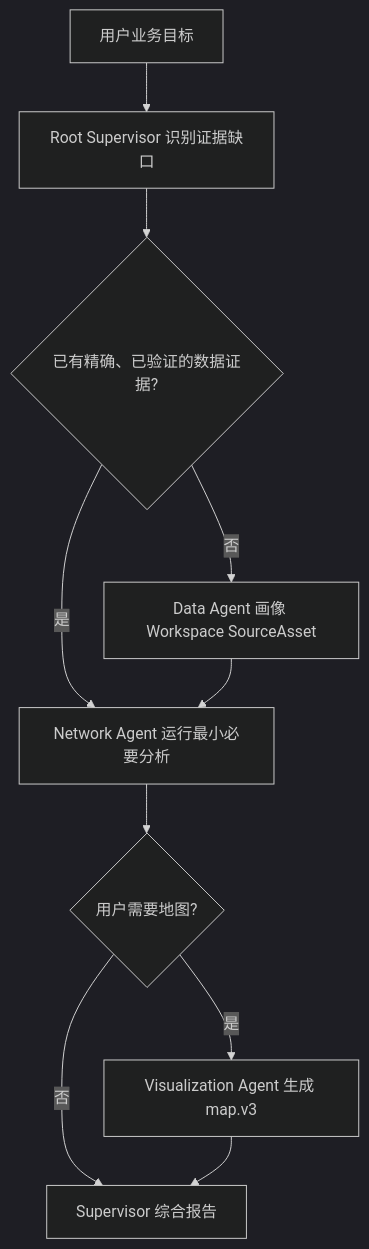
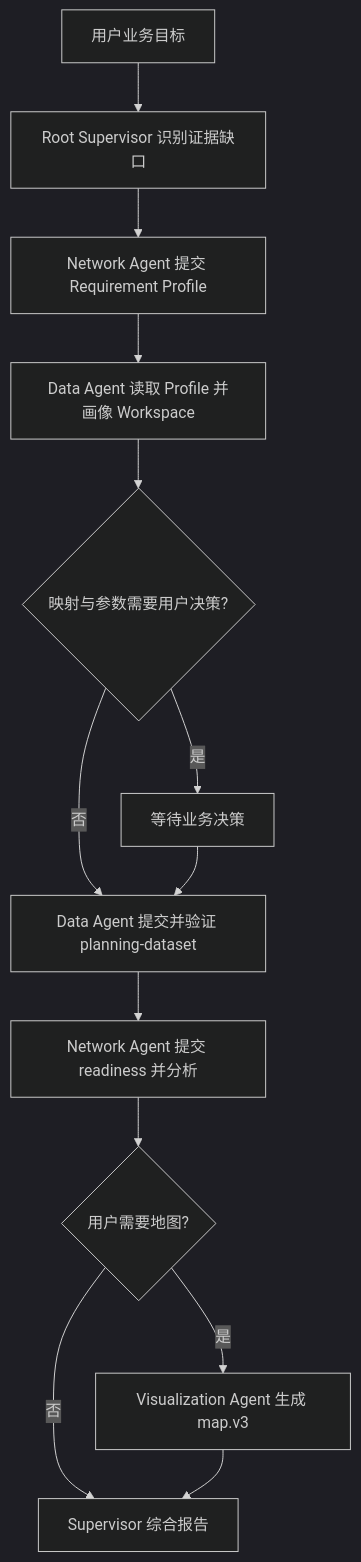
One commit to JO-WTF/open-web-codex changed the diagram in docs/enterprise-supervisor-copilot-plan.md. Above: the diagram before and after it, drawn with Mermaid (dark theme). The commit also changed other lines of this file and 5 other files, not shown here.

````diff
--- a/docs/enterprise-supervisor-copilot-plan.md
+++ b/docs/enterprise-supervisor-copilot-plan.md
@@ -67,12 +69,15 @@
 ```mermaid
 flowchart TD
     U["用户业务目标"] --> S["Root Supervisor 识别证据缺口"]
-    S --> D{"已有精确、已验证的数据证据?"}
-    D -- 否 --> DA["Data Agent 画像 Workspace SourceAsset"]
-    D -- 是 --> N
-    DA --> N["Network Agent 运行最小必要分析"]
-    N --> M{"用户需要地图?"}
-    M -- 是 --> V["Visualization Agent 生成 map.v3"]
-    M -- 否 --> O["Supervisor 综合报告"]
-    V --> O
+    S --> N["Network Agent 提交 Requirement Profile"]
+    N --> DA["Data Agent 读取 Profile 并画像 Workspace"]
+    DA --> M{"映射与参数需要用户决策?"}
+    M -- 是 --> C["等待业务决策"]
+    M -- 否 --> P["Data Agent 提交并验证 planning-dataset"]
+    C --> P
+    P --> R["Network Agent 提交 readiness 并分析"]
+    R --> V{"用户需要地图?"}
+    V -- 是 --> VA["Visualization Agent 生成 map.v3"]
+    V -- 否 --> O["Supervisor 综合报告"]
+    VA --> O
 ```
````
